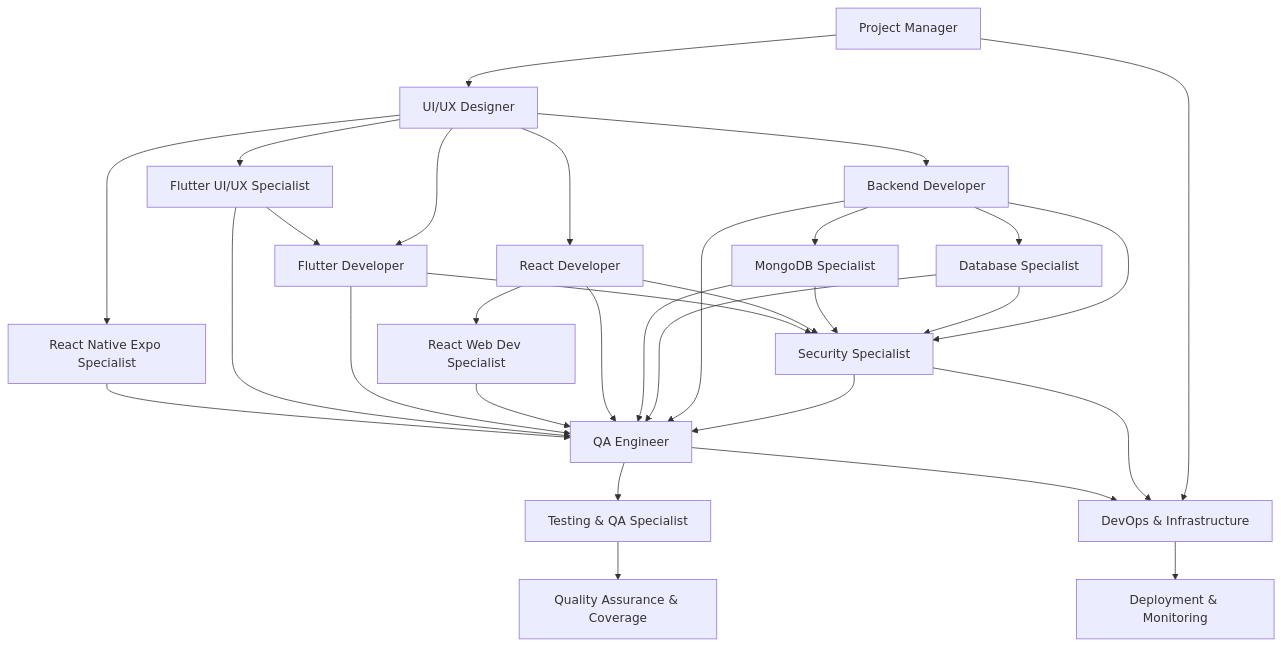
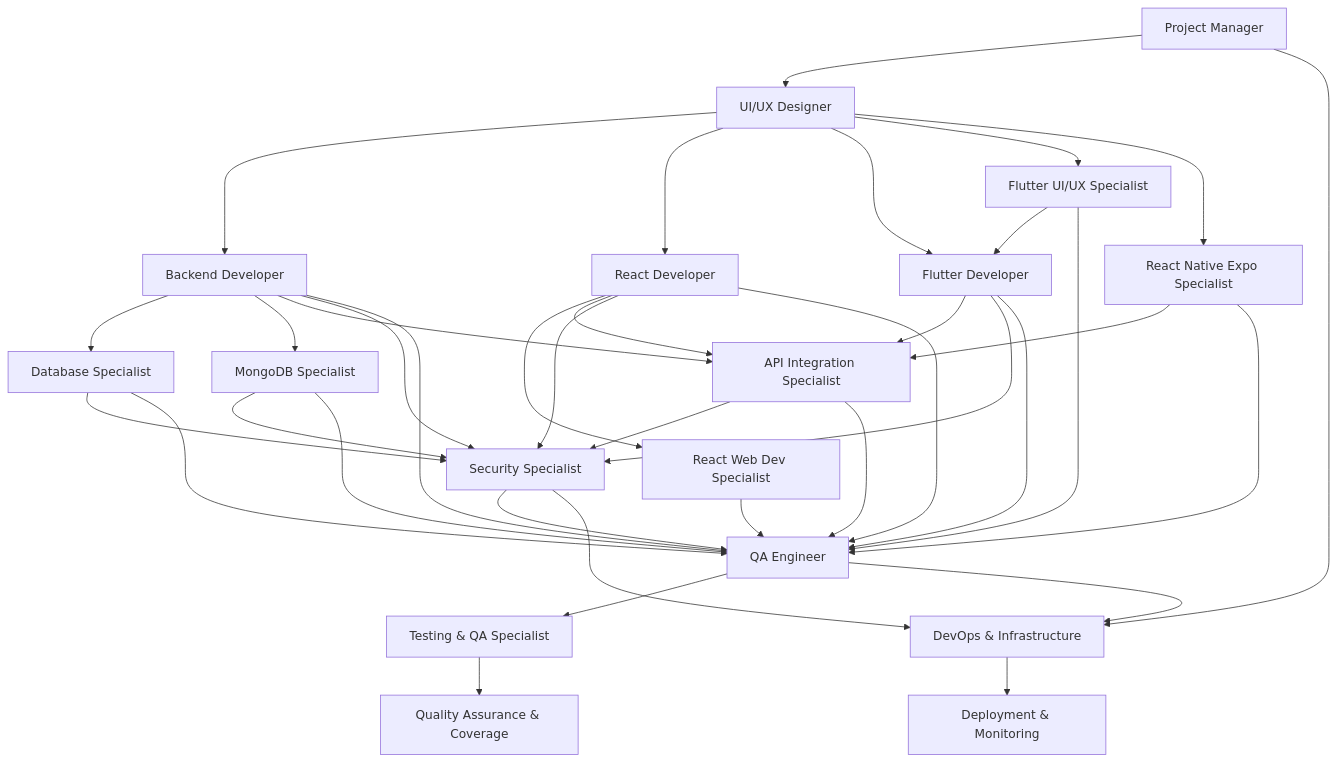
The diagram in agents/README.md (tiagofur/template-project), drawn with Mermaid before and after one commit. The commit also changed other lines of this file and 4 other files, not shown here.

````diff
--- a/agents/README.md
+++ b/agents/README.md
@@ -70,33 +72,39 @@
 ```mermaid
 graph TD
     A[Project Manager] --> B[UI/UX Designer]
     B --> C[Backend Developer]
     C --> D[Database Specialist]
     C --> D2[MongoDB Specialist]
+    C --> API[API Integration Specialist]
     B --> E[React Developer]
     E --> E2[React Web Dev Specialist]
+    E --> API
     B --> F[Flutter Developer]
     B --> F2[Flutter UI/UX Specialist]
     B --> F3[React Native Expo Specialist]
     F2 --> F
-    C --> S[Security Specialist]
+    F --> API
+    F3 --> API
+    API --> S[Security Specialist]
+    C --> S
     D --> S
     D2 --> S
     E --> S
     F --> S
     S --> G[QA Engineer]
     C --> G
     D --> G
     D2 --> G
     E --> G
     E2 --> G
     F --> G
     F2 --> G
     F3 --> G
+    API --> G
     G --> G2[Testing & QA Specialist]
     A --> H[DevOps & Infrastructure]
     G2 --> I[Quality Assurance & Coverage]
     S --> H
     G --> H
     H --> J[Deployment & Monitoring]
 ```
````
